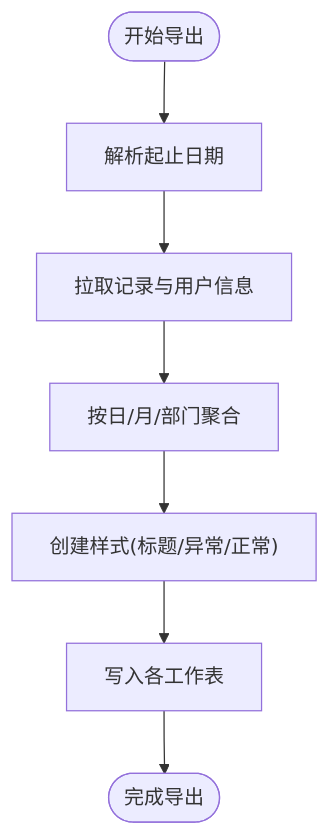
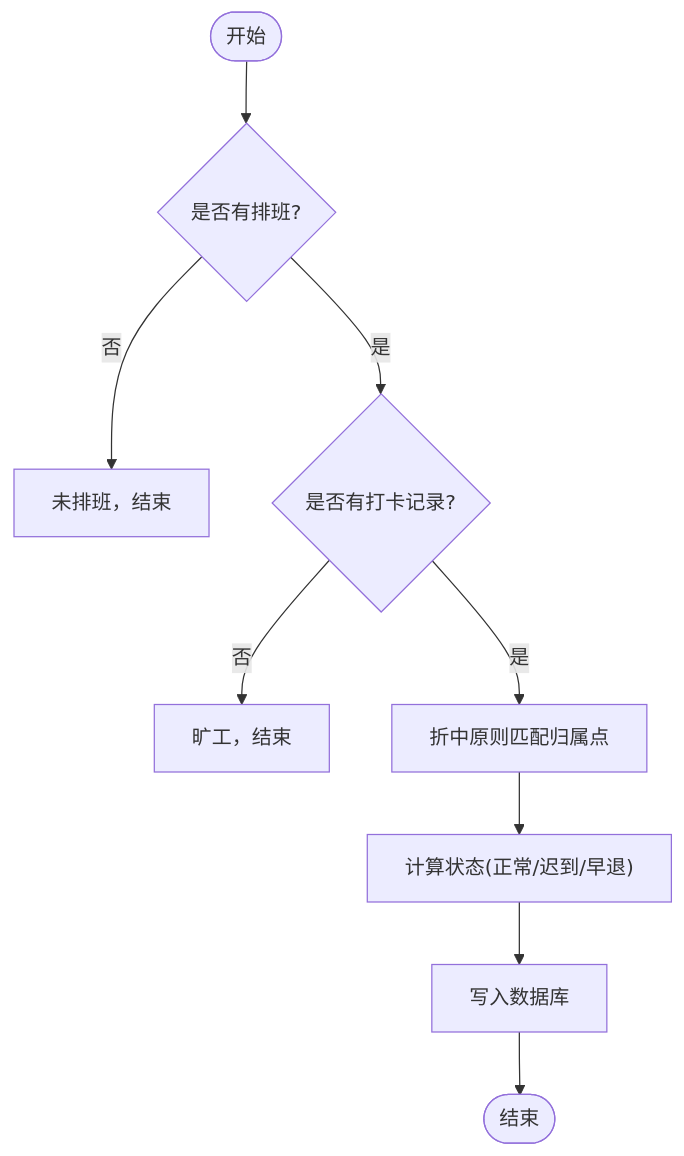
The sixth of 7 diagrams in .qoder/repowiki/zh/content/项目概述.md (Drunk552/SmartAttendance), drawn with Mermaid before and after one commit. The commit also changed other lines of this file and 119 other files, not shown here.

````diff
--- a/.qoder/repowiki/zh/content/项目概述.md
+++ b/.qoder/repowiki/zh/content/项目概述.md
@@ -328,9 +277,11 @@
 ```mermaid
 flowchart TD
-Start(["开始导出"]) --> Parse["解析起止日期"]
-Parse --> Fetch["拉取记录与用户信息"]
-Fetch --> Aggregate["按日/月/部门聚合"]
-Aggregate --> Style["创建样式(标题/异常/正常)"]
-Style --> Write["写入各工作表"]
-Write --> End(["完成导出"])
+Start(["开始"]) --> HasShift{"是否有排班?"}
+HasShift --> |否| NoShift["未排班，结束"]
+HasShift --> |是| HasRecord{"是否有打卡记录?"}
+HasRecord --> |否| Absent["旷工，结束"]
+HasRecord --> |是| MatchShift["折中原则匹配归属点"]
+MatchShift --> CalcStatus["计算状态(正常/迟到/早退)"]
+CalcStatus --> WriteDB["写入数据库"]
+WriteDB --> End(["结束"])
 ```
````
